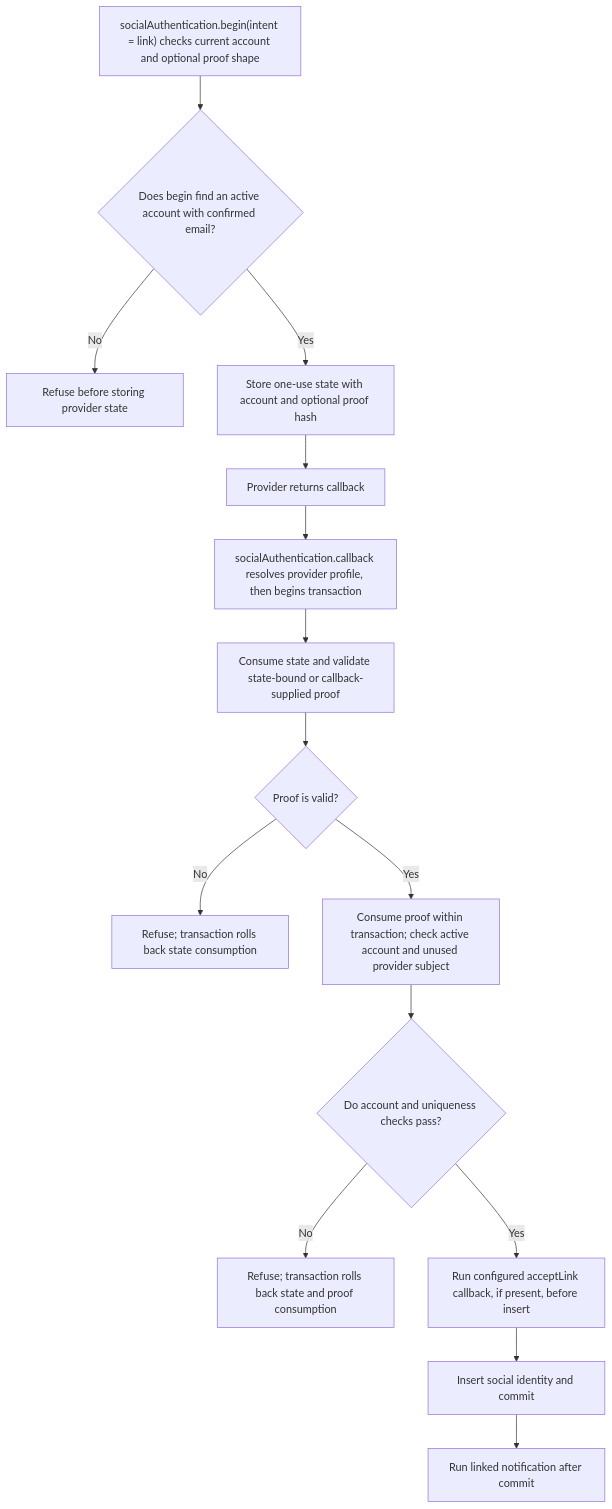
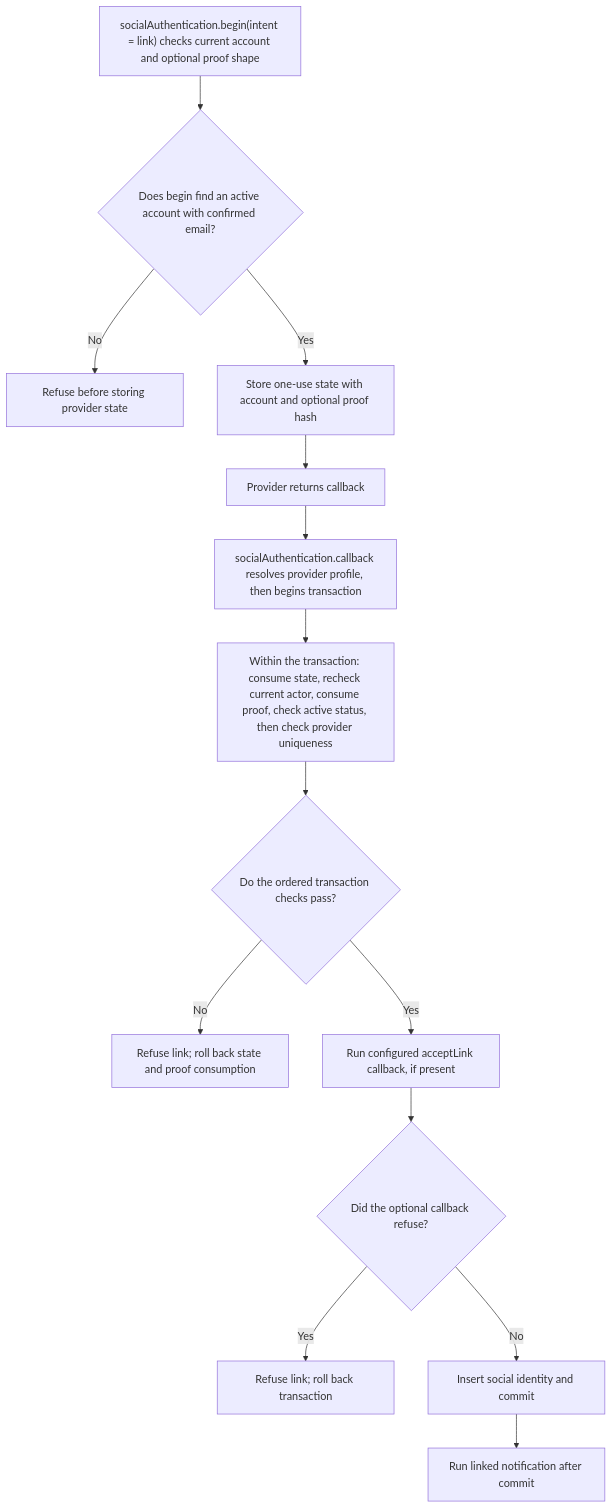
Before and after one commit to Kevinjohn/oss-adonisjs-account-kit: the second of 2 diagrams in user-stories/US-ACCOUNT-21-link-social-identity.md, drawn with Mermaid. The commit also changed 2 other files, not shown here.

Commit message:
Simplify Account Kit catalogue corrections

````diff
--- a/user-stories/US-ACCOUNT-21-link-social-identity.md
+++ b/user-stories/US-ACCOUNT-21-link-social-identity.md
@@ -36,17 +36,16 @@
 ```mermaid
 flowchart TD
  A["socialAuthentication.begin(intent = link) checks current account and optional proof shape"] --> B{"Does begin find an active account with confirmed email?"}
  B -->|No| C["Refuse before storing provider state"]
  B -->|Yes| D["Store one-use state with account and optional proof hash"]
  D --> E["Provider returns callback"]
  E --> F["socialAuthentication.callback resolves provider profile, then begins transaction"]
- F --> G["Consume state and validate state-bound or callback-supplied proof"]
- G --> H{"Proof is valid?"}
- H -->|No| I["Refuse; transaction rolls back state consumption"]
- H -->|Yes| J["Consume proof within transaction; check active account and unused provider subject"]
- J --> K{"Do account and uniqueness checks pass?"}
- K -->|No| L["Refuse; transaction rolls back state and proof consumption"]
- K -->|Yes| M["Run configured acceptLink callback, if present, before insert"]
- M --> N["Insert social identity and commit"]
- N --> O["Run linked notification after commit"]
+ F --> G["Within the transaction: consume state, recheck current actor, consume proof, check active status, then check provider uniqueness"]
+ G --> H{"Do the ordered transaction checks pass?"}
+ H -->|No| I["Refuse link; roll back state and proof consumption"]
+ H -->|Yes| J["Run configured acceptLink callback, if present"]
+ J --> K{"Did the optional callback refuse?"}
+ K -->|Yes| L["Refuse link; roll back transaction"]
+ K -->|No| M["Insert social identity and commit"]
+ M --> N["Run linked notification after commit"]
 ```
````
